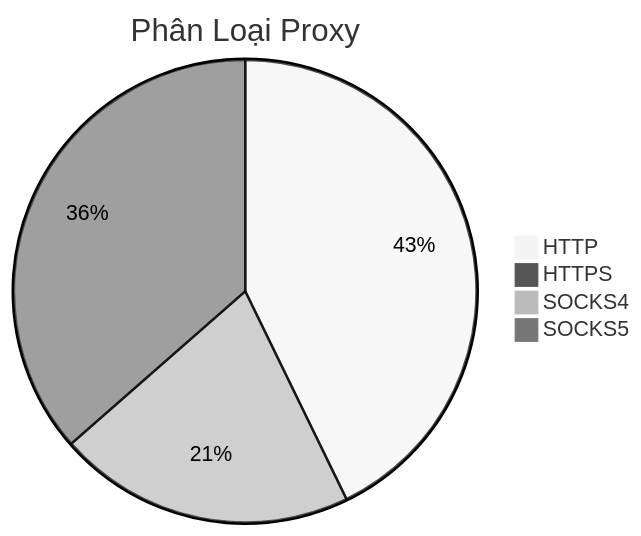
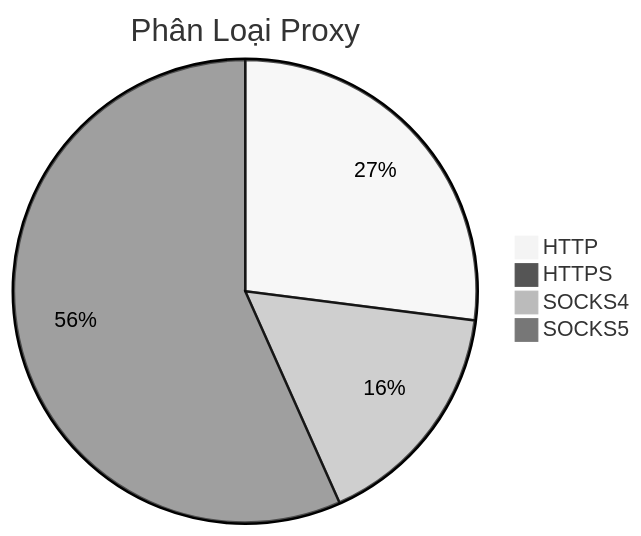
Before and after one commit to Ciara-Aa/PROXY-free: the diagram in README.md, drawn with Mermaid (neutral theme). The commit also changed other lines of this file and 4 other files, not shown here.

````diff
--- a/README.md
+++ b/README.md
@@ -26,7 +26,7 @@
 ```mermaid
 pie title Phân Loại Proxy
-    "HTTP" : 270
+    "HTTP" : 255
     "HTTPS" : 3
-    "SOCKS4" : 131
-    "SOCKS5" : 230
+    "SOCKS4" : 154
+    "SOCKS5" : 535
 ```
````
